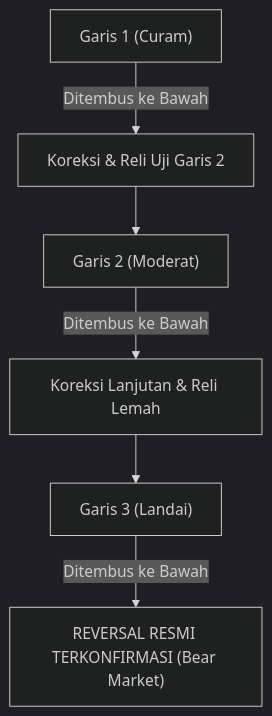
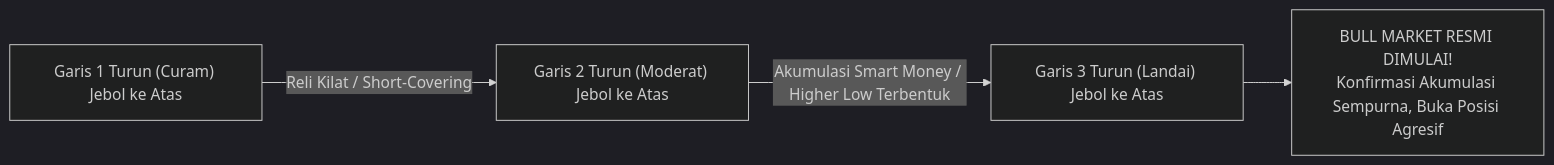
Before and after one commit to AlulCode45/Trading-Learning-Path: the second of 2 diagrams in docs/edianto-ong/14-the-fan-principle.md, drawn with Mermaid (dark theme). The commit also changed other lines of this file and 29 other files, not shown here.

Commit message:
docs(edianto-ong): upgrade all 29 chapters with beginner analogies, diagrams, step-by-step guides, and case studies

````diff
--- a/docs/edianto-ong/14-the-fan-principle.md
+++ b/docs/edianto-ong/14-the-fan-principle.md
@@ -25,8 +103,6 @@
 ```mermaid
-flowchart TD
-    A["Garis 1 (Curam)"] -->|"Ditembus ke Bawah"| B["Koreksi & Reli Uji Garis 2"]
-    B --> C["Garis 2 (Moderat)"]
-    C -->|"Ditembus ke Bawah"| D["Koreksi Lanjutan & Reli Lemah"]
-    D --> E["Garis 3 (Landai)"]
-    E -->|"Ditembus ke Bawah"| F["REVERSAL RESMI TERKONFIRMASI (Bear Market)"]
+flowchart LR
+    A["Garis 1 Turun (Curam) Jebol ke Atas"] -->|"Reli Kilat / Short-Covering"| B["Garis 2 Turun (Moderat) Jebol ke Atas"]
+    B -->|"Akumulasi Smart Money / Higher Low Terbentuk"| C["Garis 3 Turun (Landai) Jebol ke Atas"]
+    C --> D["BULL MARKET RESMI DIMULAI!<br/>Konfirmasi Akumulasi Sempurna, Buka Posisi Agresif"]
 ```
````
